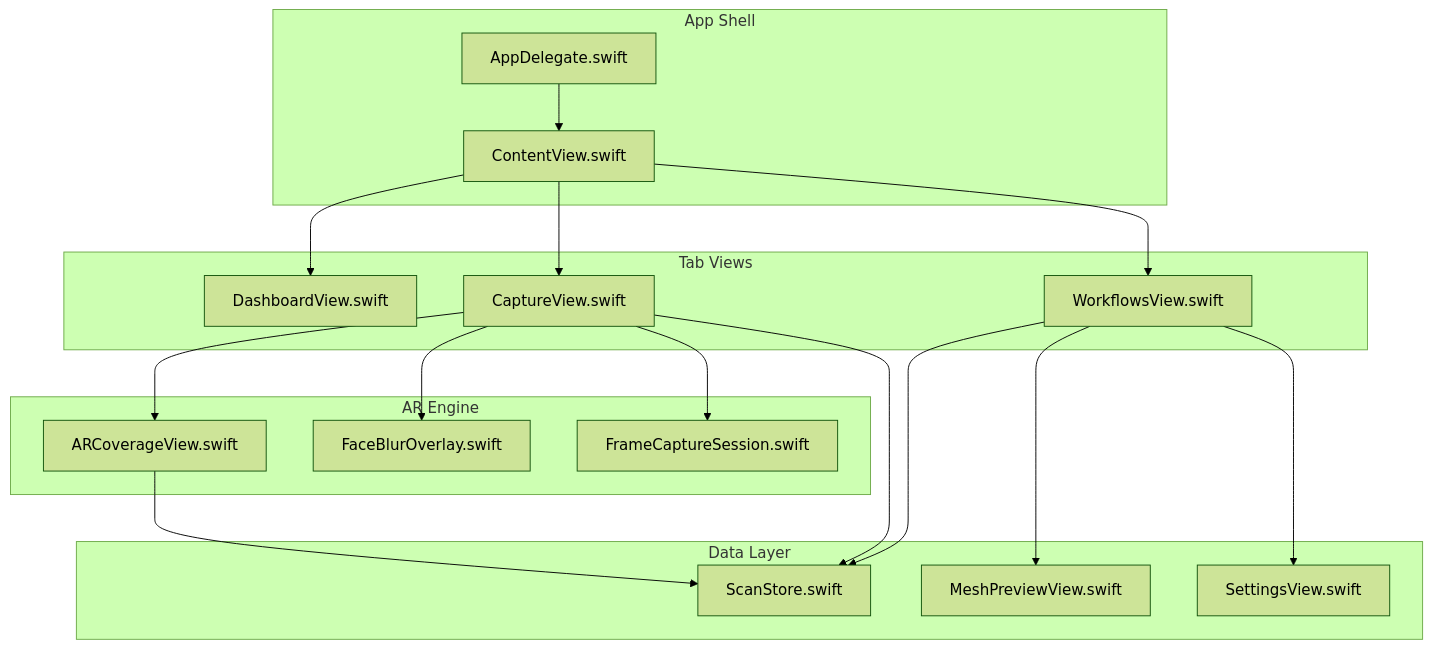
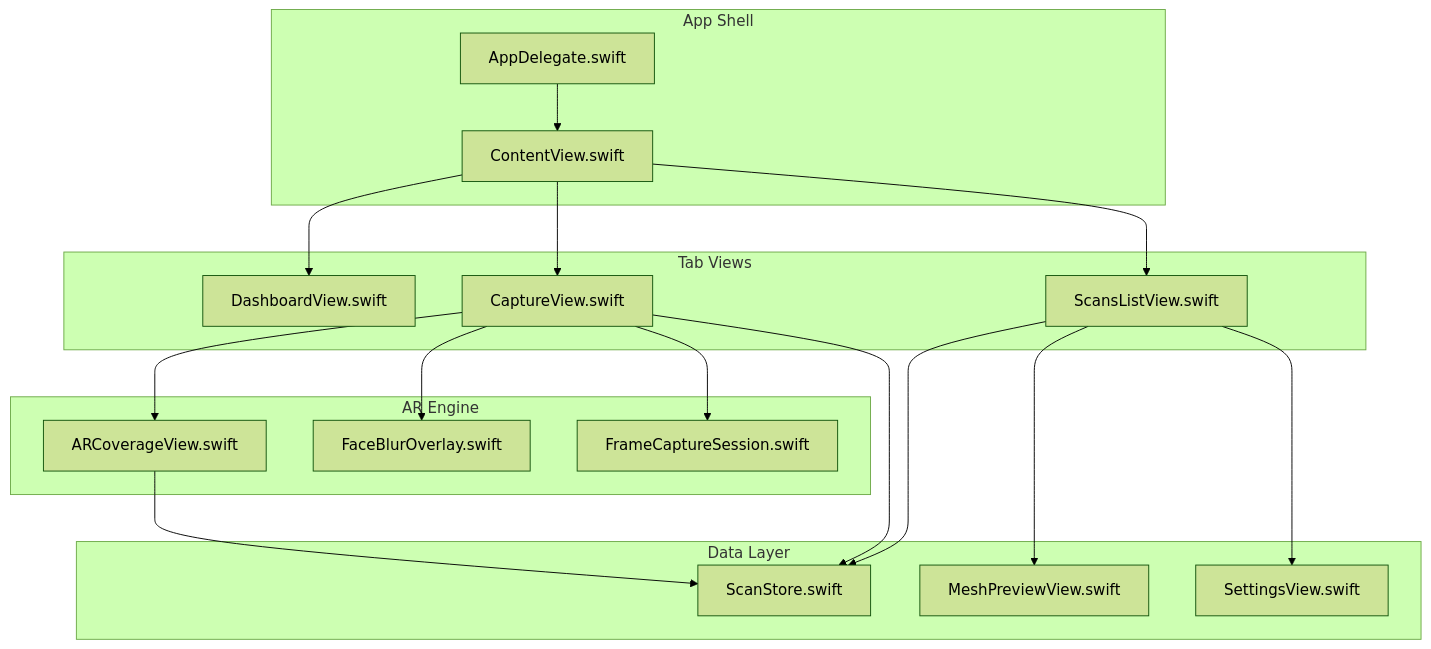
One commit to WiseLabCMU/wisescan-ios changed the second of 4 diagrams in REQUIREMENTS.md. Above: the diagram before and after it, drawn with Mermaid (forest theme). The commit also changed other lines of this file and 5 other files, not shown here.

````diff
--- a/REQUIREMENTS.md
+++ b/REQUIREMENTS.md
@@ -57,38 +57,38 @@
 ```mermaid
 graph TD
     subgraph "App Shell"
         AD[AppDelegate.swift]
         CV[ContentView.swift]
     end
 
     subgraph "Tab Views"
         DV[DashboardView.swift]
         CAP[CaptureView.swift]
-        WV[WorkflowsView.swift]
+        WV[ScansListView.swift]
     end
 
     subgraph "AR Engine"
         ARC[ARCoverageView.swift]
         FBO[FaceBlurOverlay.swift]
         FCS[FrameCaptureSession.swift]
     end
 
     subgraph "Data Layer"
         SS[ScanStore.swift]
         MP[MeshPreviewView.swift]
         SV[SettingsView.swift]
     end
 
     AD --> CV
     CV --> DV
     CV --> CAP
     CV --> WV
     CAP --> ARC
     CAP --> FBO
     CAP --> FCS
     CAP --> SS
     WV --> SS
     WV --> MP
     WV --> SV
     ARC --> SS
 ```
````
